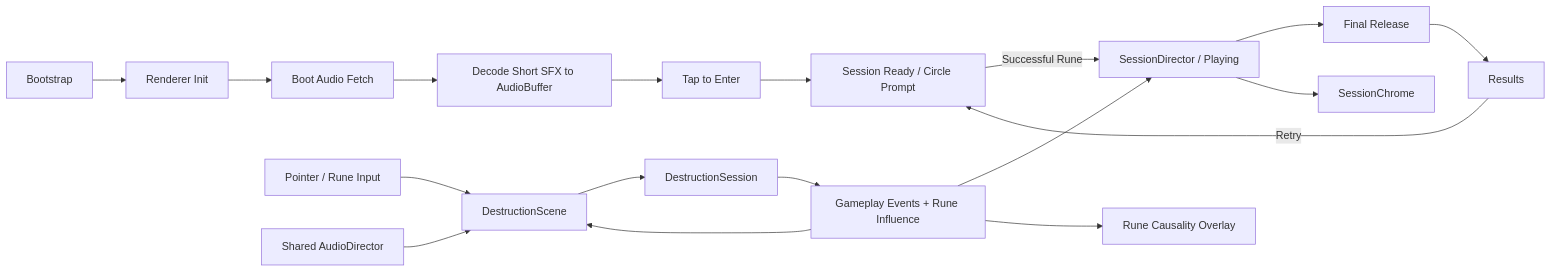
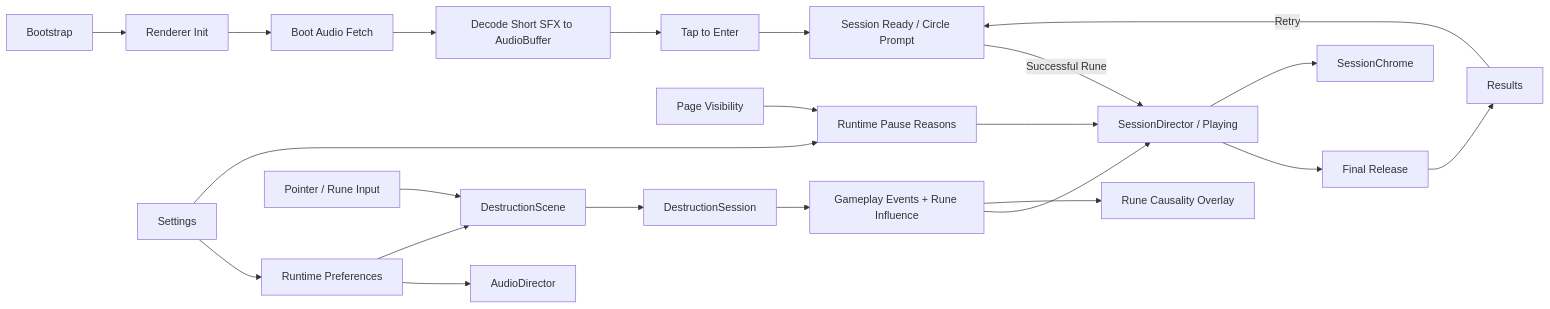
The diagram in rune-ball/README.md (zeroLR/2D-game-playground), drawn with Mermaid before and after one commit. The commit also changed other lines of this file, not shown here.

Commit message:
docs(rune-ball): advance milestone to P6.2

````diff
--- a/rune-ball/README.md
+++ b/rune-ball/README.md
@@ -45,21 +42,26 @@
 ```mermaid
 flowchart LR
   Boot[Bootstrap] --> Renderer[Renderer Init]
   Renderer --> Fetch[Boot Audio Fetch]
   Fetch --> Decode[Decode Short SFX to AudioBuffer]
   Decode --> Enter[Tap to Enter]
   Enter --> Ready[Session Ready / Circle Prompt]
   Ready -->|Successful Rune| Run[SessionDirector / Playing]
   Run --> Final[Final Release]
   Final --> Results[Results]
   Results -->|Retry| Ready
 
-  Gesture[Pointer / Rune Input] --> Scene[DestructionScene]
+  Settings[Settings] --> Prefs[Runtime Preferences]
+  Prefs --> Audio[AudioDirector]
+  Prefs --> Scene[DestructionScene]
+  Visibility[Page Visibility] --> Pause[Runtime Pause Reasons]
+  Settings --> Pause
+  Pause --> Run
+
+  Gesture[Pointer / Rune Input] --> Scene
   Scene --> Domain[DestructionSession]
   Domain --> Events[Gameplay Events + Rune Influence]
-  Events --> Scene
   Events --> Run
   Events --> Causality[Rune Causality Overlay]
   Run --> Chrome[SessionChrome]
-  Audio[Shared AudioDirector] --> Scene
 ```
````
